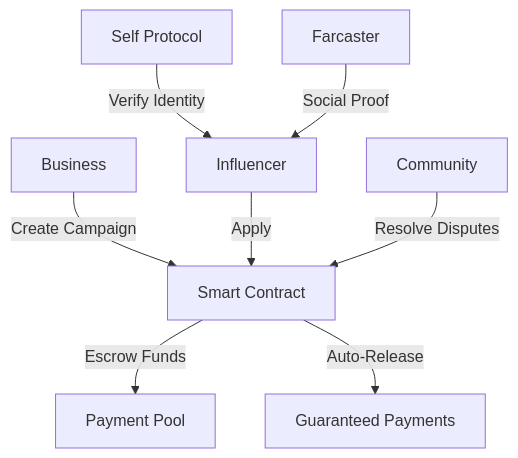
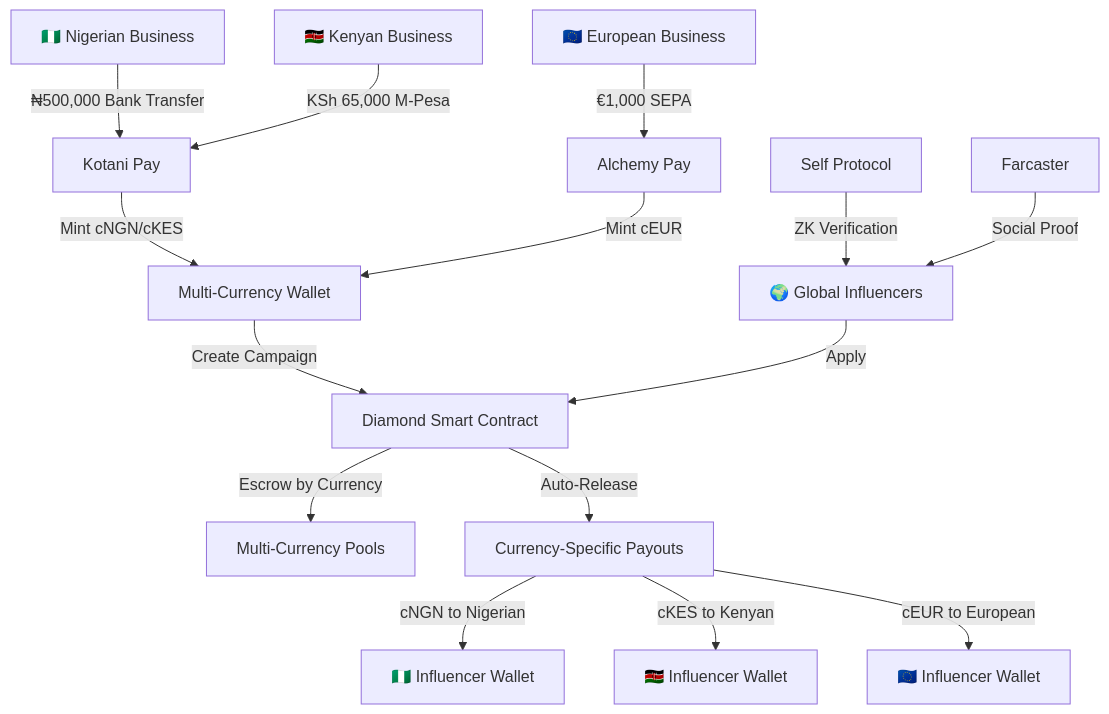
Before and after one commit to JamesVictor-O/ads-Bazaar: the diagram in README.md, drawn with Mermaid. The commit also changed other lines of this file and 7 other files, not shown here.

````diff
--- a/README.md
+++ b/README.md
@@ -109,10 +167,21 @@
 ```mermaid
 graph TB
-    A[Business] -->|Create Campaign| B[Smart Contract]
-    B -->|Escrow Funds| C[Payment Pool]
-    D[Influencer] -->|Apply| B
-    E[Self Protocol] -->|Verify Identity| D
-    F[Farcaster] -->|Social Proof| D
-    G[Community] -->|Resolve Disputes| B
-    B -->|Auto-Release| H[Guaranteed Payments]
+    A[🇳🇬 Nigerian Business] -->|₦500,000 Bank Transfer| K[Kotani Pay]
+    B[🇰🇪 Kenyan Business] -->|KSh 65,000 M-Pesa| K
+    C[🇪🇺 European Business] -->|€1,000 SEPA| L[Alchemy Pay]
+    
+    K -->|Mint cNGN/cKES| D[Multi-Currency Wallet]
+    L -->|Mint cEUR| D
+    
+    D -->|Create Campaign| E[Diamond Smart Contract]
+    E -->|Escrow by Currency| F[Multi-Currency Pools]
+    
+    G[🌍 Global Influencers] -->|Apply| E
+    H[Self Protocol] -->|ZK Verification| G
+    I[Farcaster] -->|Social Proof| G
+    
+    E -->|Auto-Release| J[Currency-Specific Payouts]
+    J -->|cNGN to Nigerian| N1[🇳🇬 Influencer Wallet]
+    J -->|cKES to Kenyan| N2[🇰🇪 Influencer Wallet] 
+    J -->|cEUR to European| N3[🇪🇺 Influencer Wallet]
 ```
````
